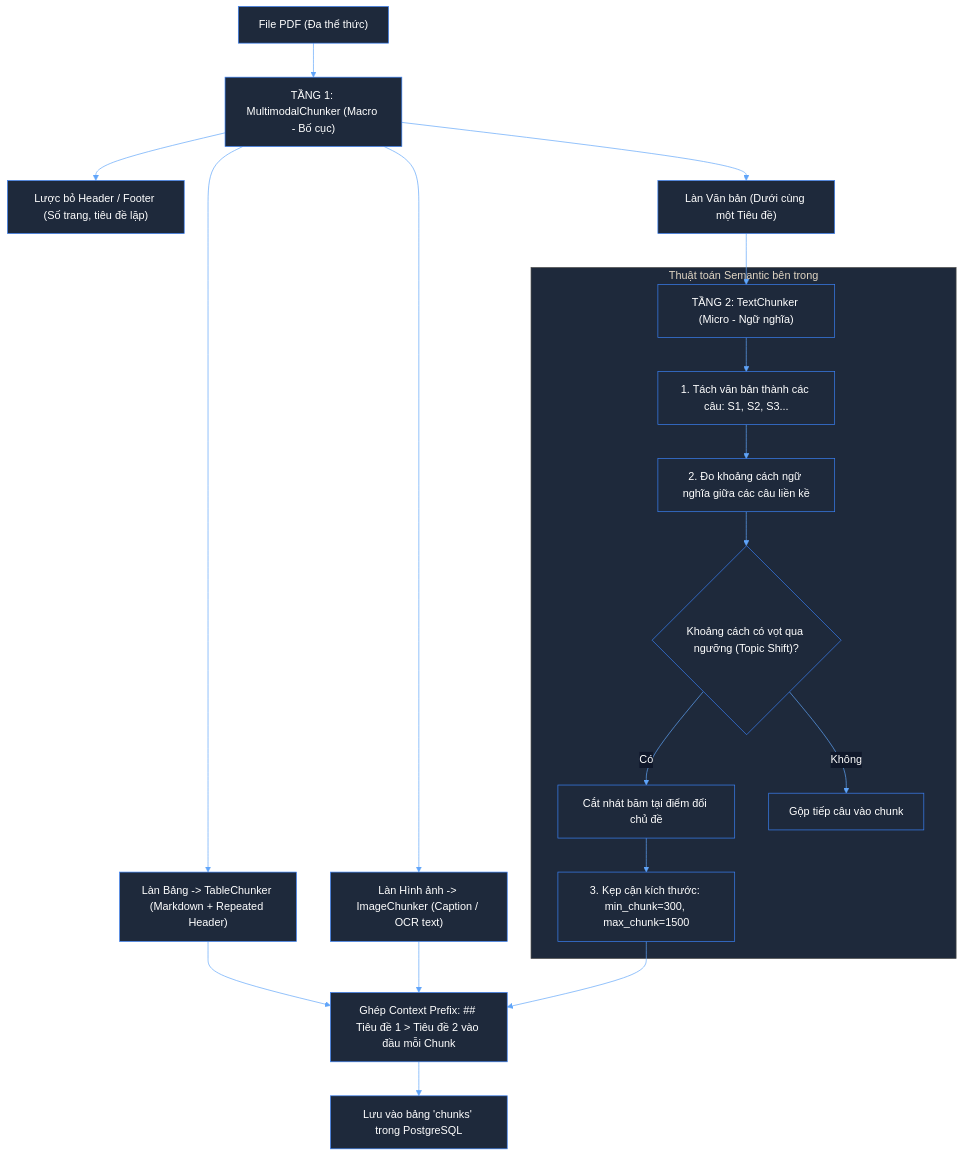
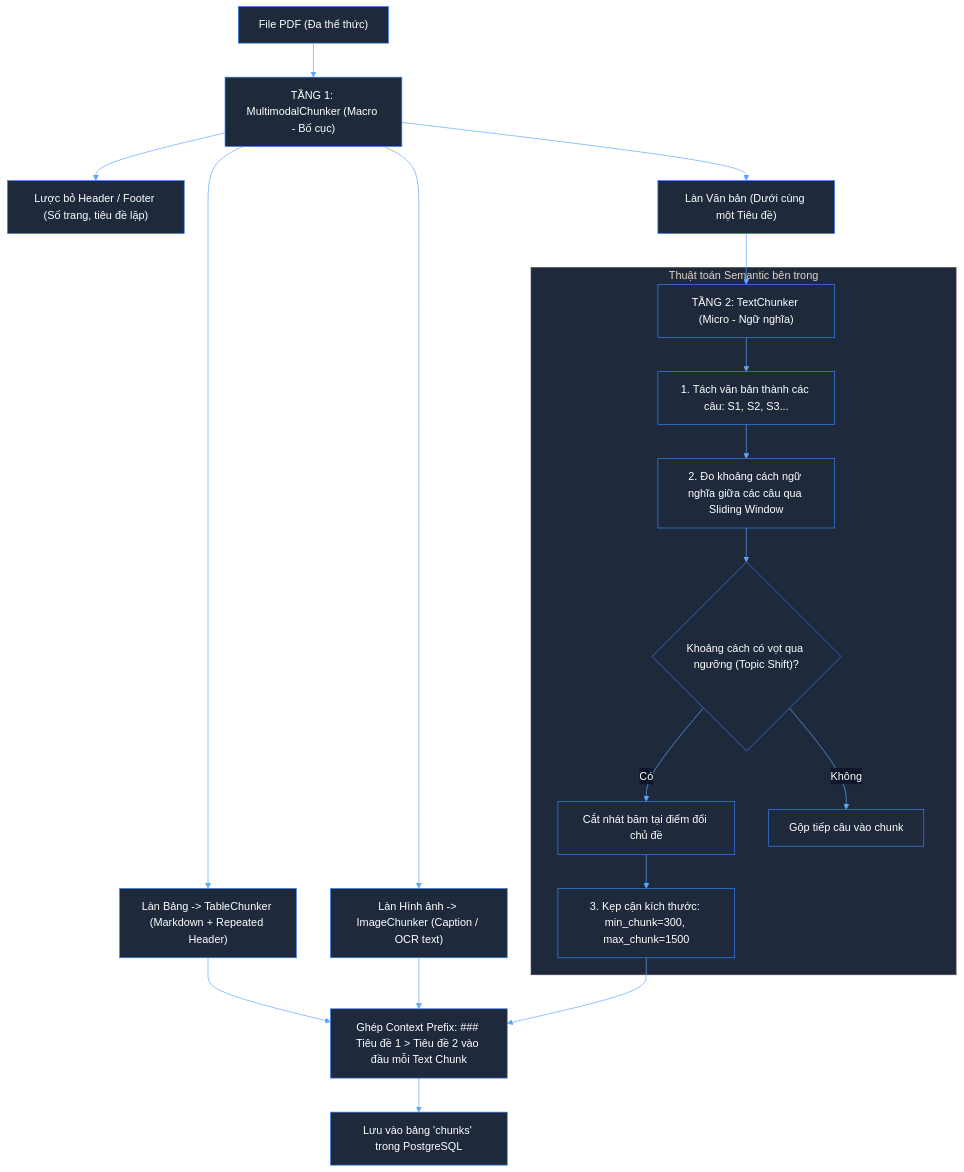
One commit to NDQuynh259/ragflow-api changed the second of 7 diagrams in docs/chunking_architecture.md. Above: the diagram before and after it, drawn with Mermaid. The commit also changed other lines of this file and 10 other files, not shown here.

Commit message:
feat: add multimodal chunker and section grouping architecture for document pipeline

````diff
--- a/docs/chunking_architecture.md
+++ b/docs/chunking_architecture.md
@@ -82,39 +97,39 @@
 ```mermaid
 %%{init: {
   'theme': 'base',
   'themeVariables': {
     'darkMode': true,
     'textColor': '#ffffff',
     'primaryColor': '#1e293b',
     'primaryTextColor': '#ffffff',
     'primaryBorderColor': '#3b82f6',
     'lineColor': '#60a5fa',
     'secondaryColor': '#0f172a',
     'tertiaryColor': '#1e293b',
     'edgeLabelBackground': '#0f172a'
   }
 }}%%
 flowchart TD
     A["File PDF (Đa thể thức)"] --> B["TẦNG 1: MultimodalChunker (Macro - Bố cục)"]
     
     B --> C["Làn Bảng -> TableChunker (Markdown + Repeated Header)"]
     B --> D["Làn Hình ảnh -> ImageChunker (Caption / OCR text)"]
     B --> E["Lược bỏ Header / Footer (Số trang, tiêu đề lặp)"]
     
     B --> F["Làn Văn bản (Dưới cùng một Tiêu đề)"]
     F --> G["TẦNG 2: TextChunker (Micro - Ngữ nghĩa)"]
     
     subgraph Thuật toán Semantic bên trong
         G --> H["1. Tách văn bản thành các câu: S1, S2, S3..."]
-        H --> I["2. Đo khoảng cách ngữ nghĩa giữa các câu liền kề"]
+        H --> I["2. Đo khoảng cách ngữ nghĩa giữa các câu qua Sliding Window"]
         I --> J{"Khoảng cách có vọt qua ngưỡng (Topic Shift)?"}
         J -->|"Có"| K["Cắt nhát băm tại điểm đổi chủ đề"]
         J -->|"Không"| L["Gộp tiếp câu vào chunk"]
         K --> M["3. Kẹp cận kích thước: min_chunk=300, max_chunk=1500"]
     end
 
-    C --> N["Ghép Context Prefix: ## Tiêu đề 1 > Tiêu đề 2 vào đầu mỗi Chunk"]
+    C --> N["Ghép Context Prefix: ### Tiêu đề 1 > Tiêu đề 2 vào đầu mỗi Text Chunk"]
     D --> N
     M --> N
     N --> O["Lưu vào bảng 'chunks' trong PostgreSQL"]
 ```
````
